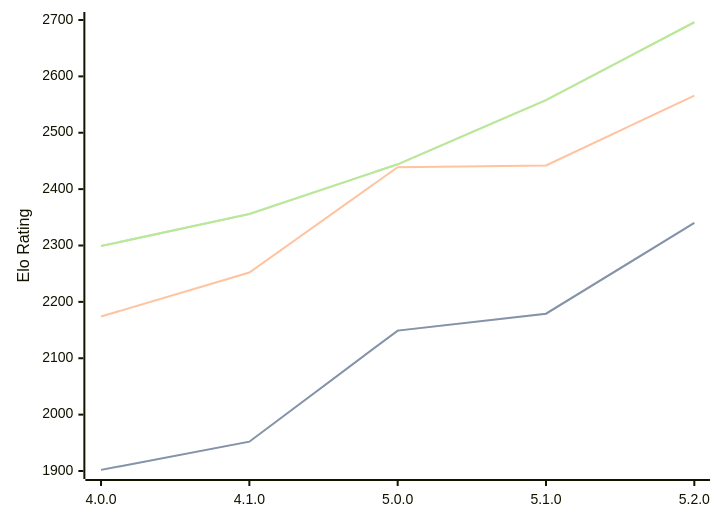
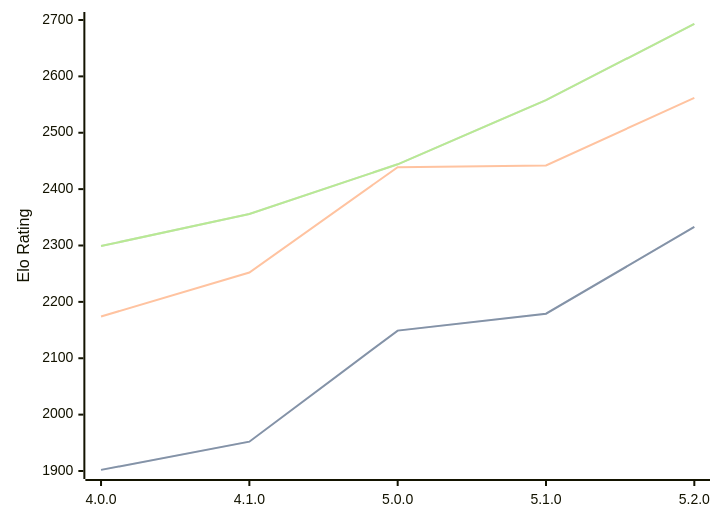
One commit to computer-chess-index/cci changed the first of 3 diagrams in engines/Aconcagua.md. Above: the diagram before and after it, drawn with Mermaid. The commit also changed other lines of this file, not shown here.

Commit message:
Update CCI Ratings (ELO VLTC) - 2026-06-21

````diff
--- a/engines/Aconcagua.md
+++ b/engines/Aconcagua.md
@@ -44,11 +44,11 @@
 ```mermaid
 %%{init: {"theme":"base","themeVariables":{"seriesColors:['#a3a3a3','#222221','#faa371']}}}%%
 xychart-beta
   x-axis ["4.0.0", "4.1.0", "5.0.0", "5.1.0", "5.2.0"]
   y-axis "Elo Rating" 1900 --> 2700
-  line "STC (8.0+0.08s)" [1902, 1952, 2149, 2179, 2340]
-  line "STC (8.0+0.08s)" [1902, 1952, 2149, 2179, 2340]
-  line "LTC (60.0+0.60s)" [2174, 2252, 2439, 2442, 2566]
-  line "VLTC (2m24s+1.12s)" [2299, 2356, 2444, 2558, 2696]
-  line "VLTC (2m24s+1.12s)" [2299, 2356, 2444, 2558, 2696]
+  line "STC (8.0+0.08s)" [1902, 1952, 2149, 2179, 2333]
+  line "STC (8.0+0.08s)" [1902, 1952, 2149, 2179, 2333]
+  line "LTC (60.0+0.60s)" [2174, 2252, 2439, 2442, 2562]
+  line "VLTC (2m24s+1.12s)" [2299, 2356, 2444, 2558, 2693]
+  line "VLTC (2m24s+1.12s)" [2299, 2356, 2444, 2558, 2693]
 ```
````
